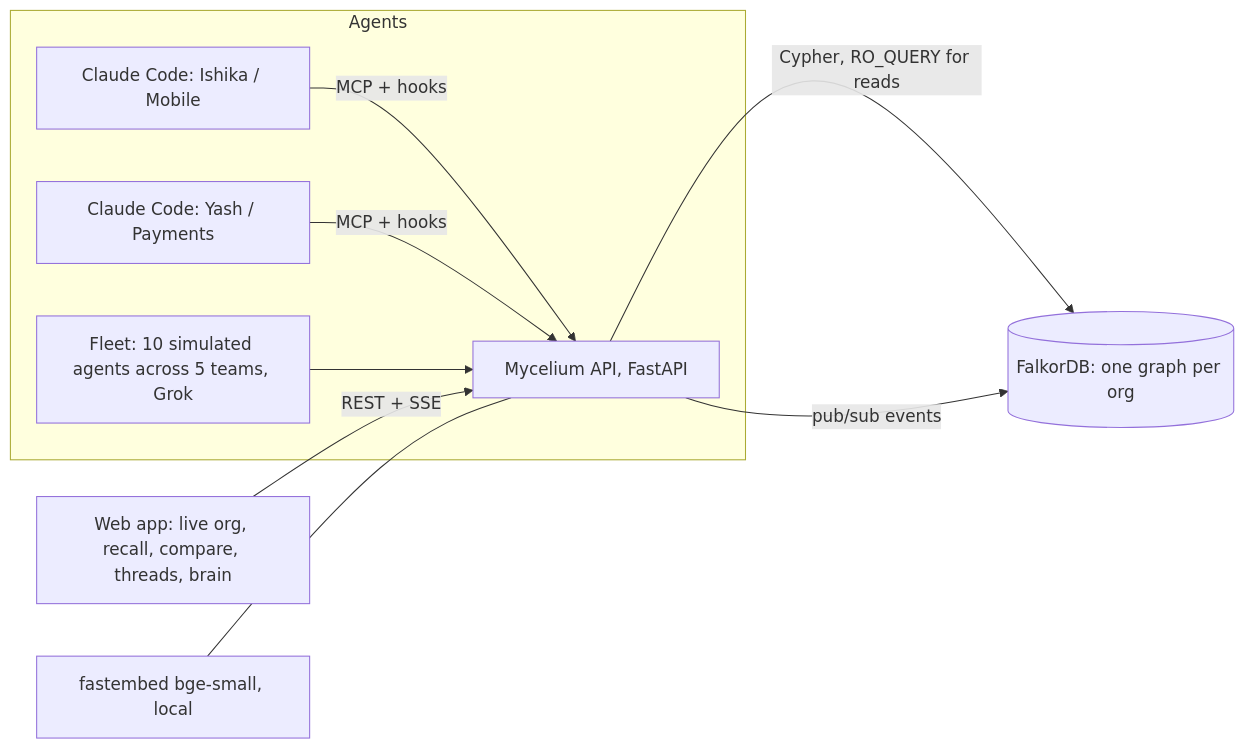
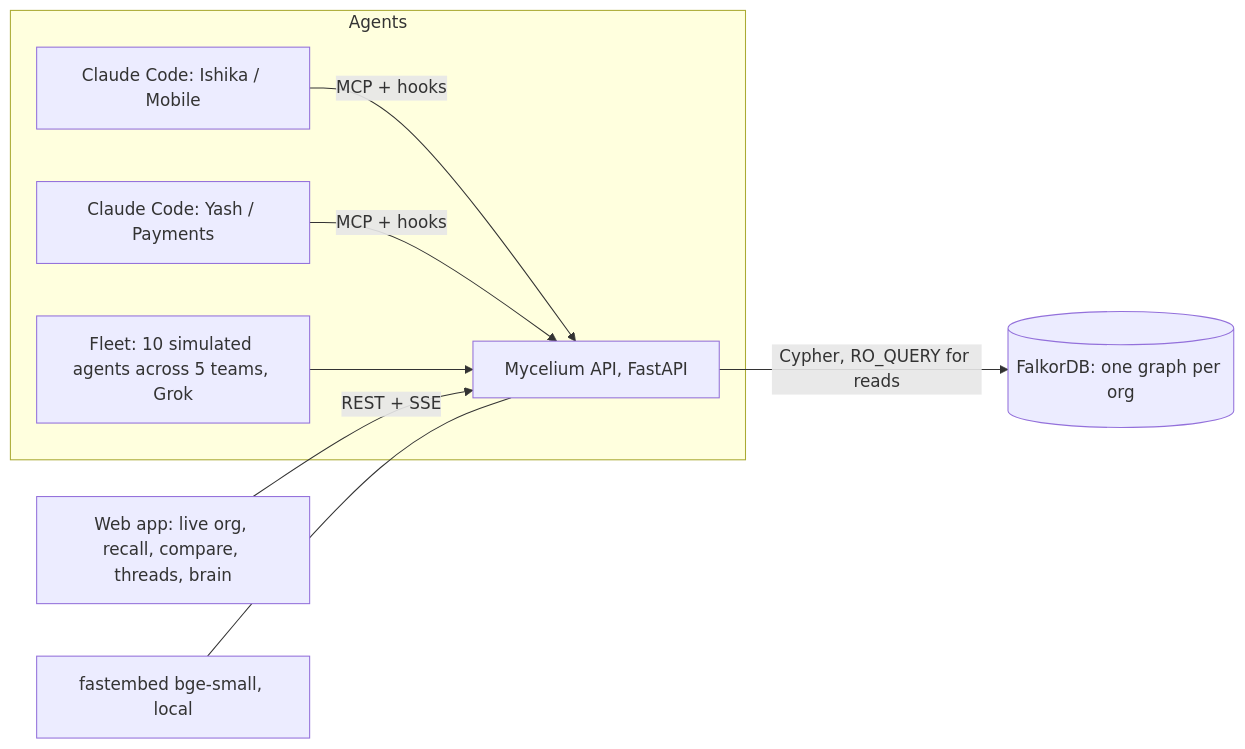
One commit to ishikatyagi-star/mycelium changed the diagram in README.md. Above: the diagram before and after it, drawn with Mermaid. The commit also changed other lines of this file and 7 other files, not shown here.

Commit message:
In-process event bus (FalkorDB Cloud free has no pub/sub); docs corrected

````diff
--- a/README.md
+++ b/README.md
@@ -76,12 +76,11 @@
 ```mermaid
 flowchart LR
   subgraph Agents
     CC1[Claude Code: Ishika / Mobile] -- MCP + hooks --> API
     CC2[Claude Code: Yash / Payments] -- MCP + hooks --> API
     F[Fleet: 10 simulated agents across 5 teams, Grok] --> API
   end
   W[Web app: live org, recall, compare, threads, brain] -- REST + SSE --> API
   API[Mycelium API, FastAPI] -- Cypher, RO_QUERY for reads --> DB[(FalkorDB: one graph per org)]
-  API -- pub/sub events --> DB
   E[fastembed bge-small, local] --- API
 ```
````
